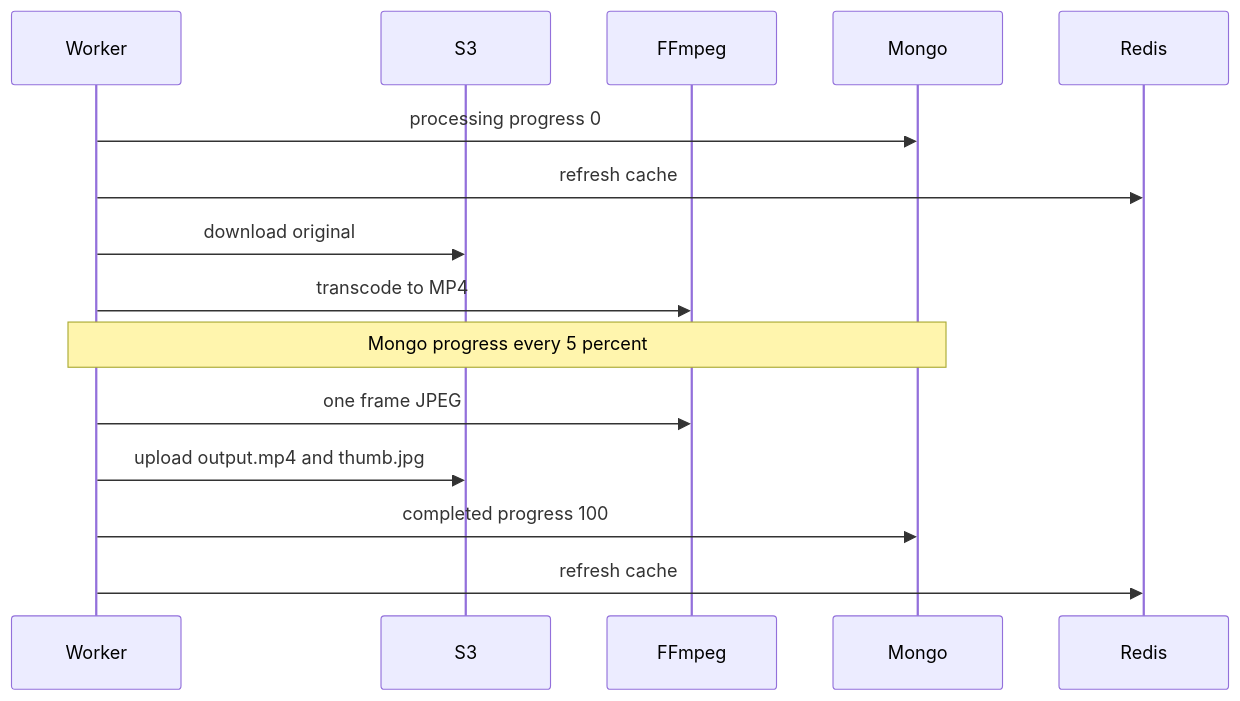
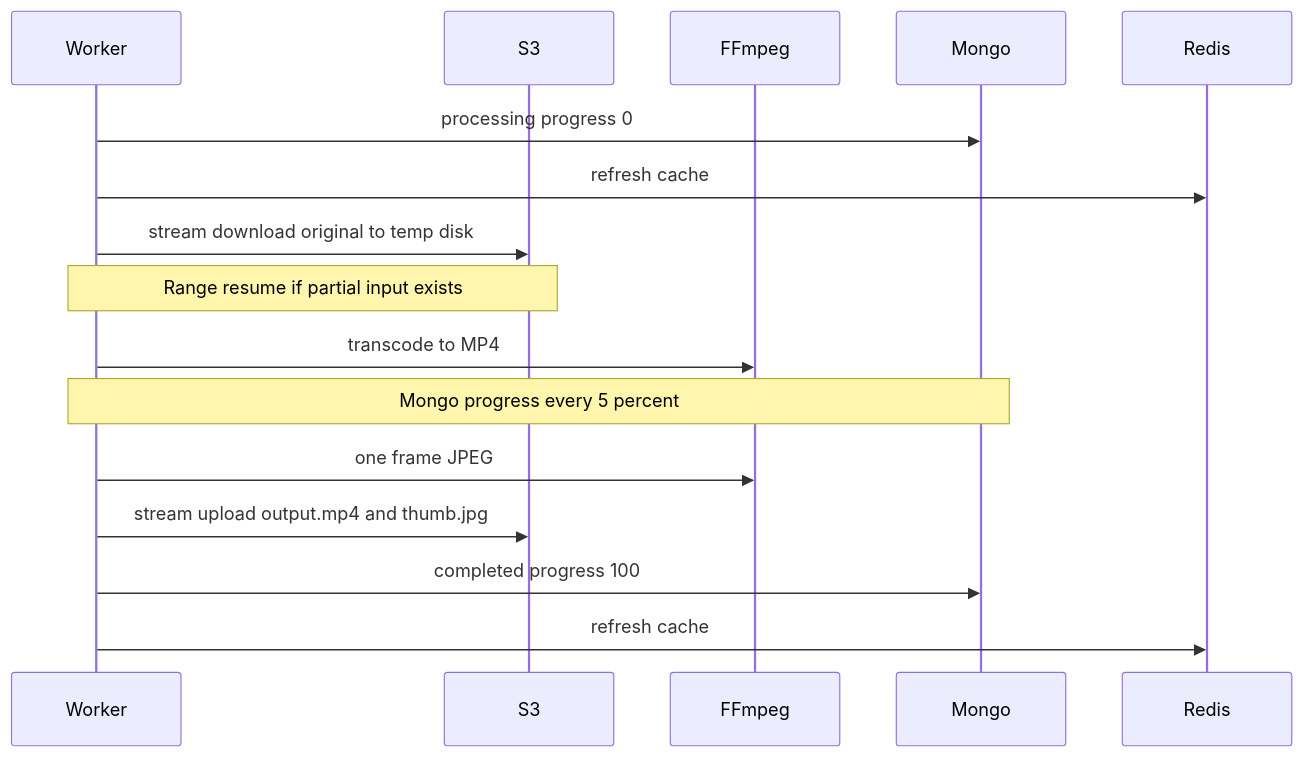
One commit to Shivanshsri15/VideoProcessing changed the fifth of 6 diagrams in README.md. Above: the diagram before and after it, drawn with Mermaid. The commit also changed other lines of this file and 10 other files, not shown here.

Commit message:
optimized the s3 download and upload into a resumable and stream based approach instead of single download and caching it in ram

````diff
--- a/README.md
+++ b/README.md
@@ -292,18 +292,19 @@
 ```mermaid
 sequenceDiagram
   participant W as Worker
   participant S3 as S3
   participant FF as FFmpeg
   participant M as Mongo
   participant R as Redis
 
   W->>M: processing progress 0
   W->>R: refresh cache
-  W->>S3: download original
+  W->>S3: stream download original to temp disk
+  Note over W,S3: Range resume if partial input exists
   W->>FF: transcode to MP4
   Note over W,M: Mongo progress every 5 percent
   W->>FF: one frame JPEG
-  W->>S3: upload output.mp4 and thumb.jpg
+  W->>S3: stream upload output.mp4 and thumb.jpg
   W->>M: completed progress 100
   W->>R: refresh cache
 ```
````
